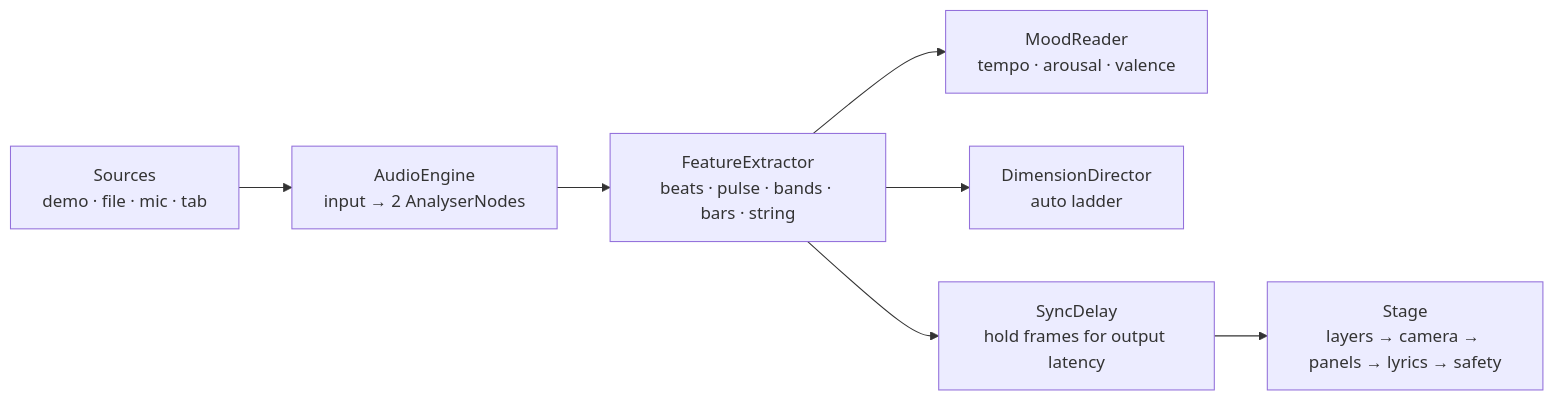
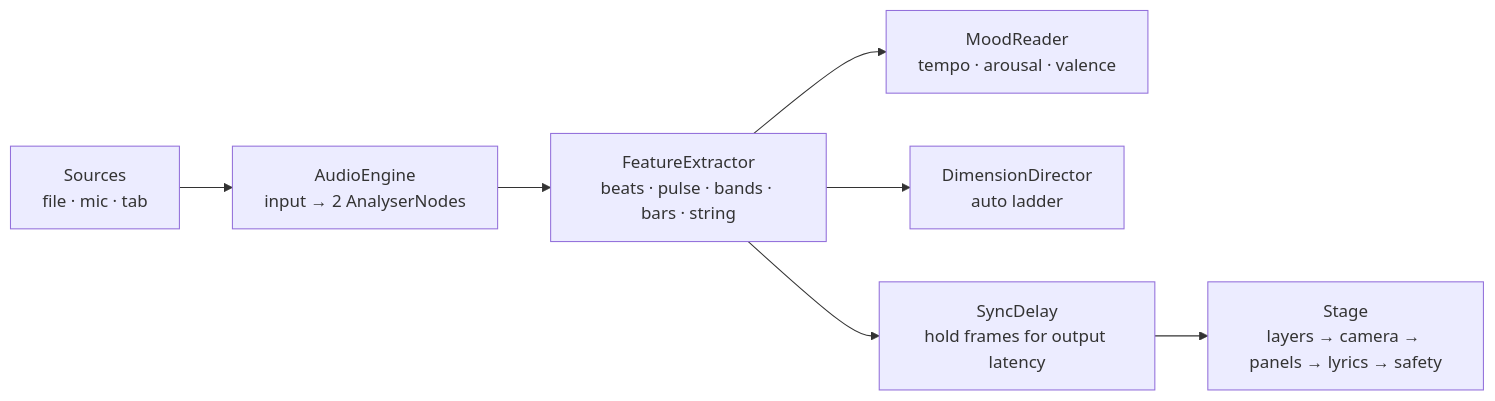
Before and after one commit to rooney011/beat-lab: the diagram in README.md, drawn with Mermaid. The commit also changed other lines of this file and 13 other files, not shown here.

````diff
--- a/README.md
+++ b/README.md
@@ -27,9 +27,9 @@
 ```mermaid
 flowchart LR
-  S["Sources<br/>demo · file · mic · tab"] --> E["AudioEngine<br/>input → 2 AnalyserNodes"]
+  S["Sources<br/>file · mic · tab"] --> E["AudioEngine<br/>input → 2 AnalyserNodes"]
   E --> F["FeatureExtractor<br/>beats · pulse · bands · bars · string"]
   F --> M["MoodReader<br/>tempo · arousal · valence"]
   F --> L["DimensionDirector<br/>auto ladder"]
   F --> D["SyncDelay<br/>hold frames for output latency"]
   D --> R["Stage<br/>layers → camera → panels → lyrics → safety"]
 ```
````
